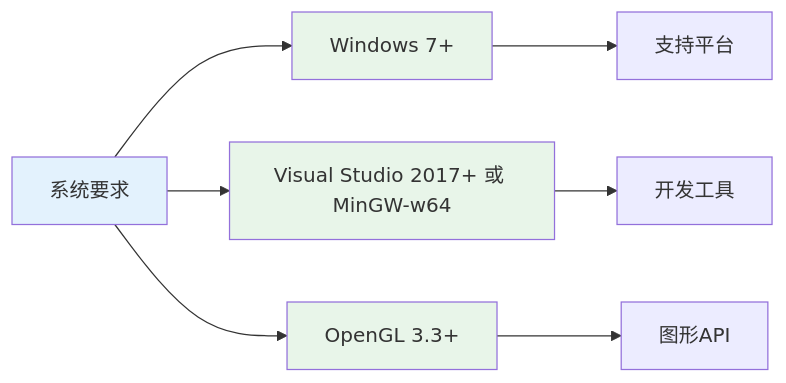
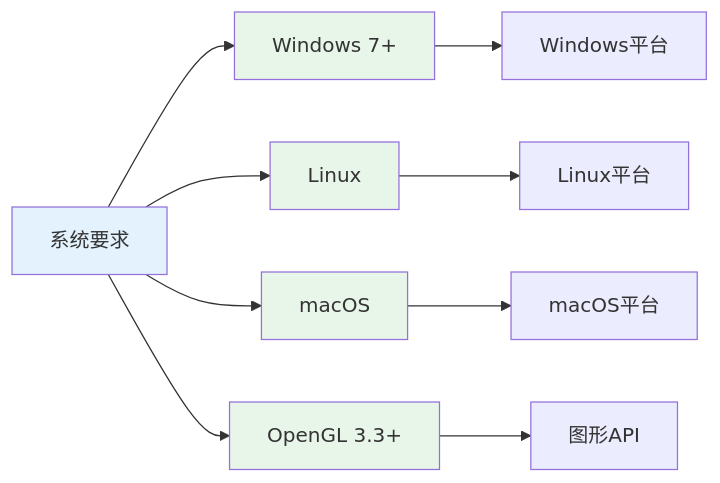
One commit to ChestnutYueyue/Easy2D changed the fifth of 16 diagrams in README.md. Above: the diagram before and after it, drawn with Mermaid. The commit also changed other lines of this file and 1 other file, not shown here.

````diff
--- a/README.md
+++ b/README.md
@@ -171,15 +173,18 @@
 ```mermaid
 flowchart LR
     A[系统要求] --> B[Windows 7+]
-    A --> C[Visual Studio 2017+ 或 MinGW-w64]
-    A --> D[OpenGL 3.3+]
+    A --> C[Linux]
+    A --> D[macOS]
+    A --> E[OpenGL 3.3+]
     
-    B --> E[支持平台]
-    C --> F[开发工具]
-    D --> G[图形API]
+    B --> F[Windows平台]
+    C --> G[Linux平台]
+    D --> H[macOS平台]
+    E --> I[图形API]
     
     style A fill:#e3f2fd
     style B fill:#e8f5e9
     style C fill:#e8f5e9
     style D fill:#e8f5e9
+    style E fill:#e8f5e9
 ```
````
